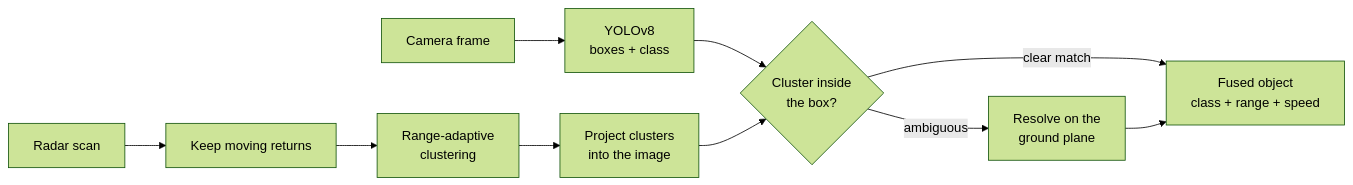
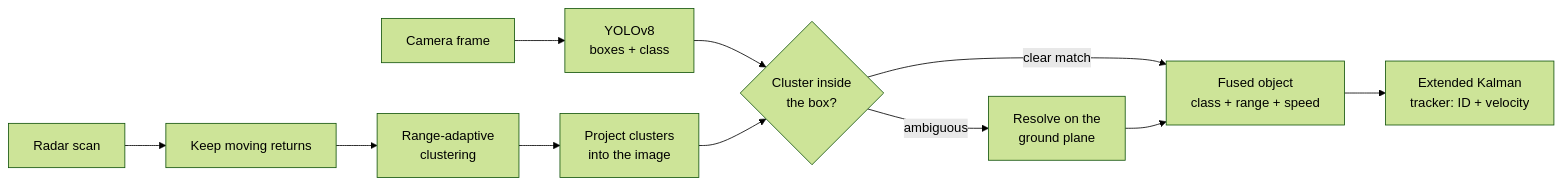
The diagram in README.md (DkPanseriya/Sensor-Data-Fusion), drawn with Mermaid (forest theme) before and after one commit. The commit also changed other lines of this file and 12 other files, not shown here.

First line of the commit message:
Add an extended Kalman tracker and score association and tracking

````diff
--- a/README.md
+++ b/README.md
@@ -11,12 +11,13 @@
 ```mermaid
 flowchart LR
     A[Camera frame] --> B[YOLOv8<br/>boxes + class]
     C[Radar scan] --> D[Keep moving returns]
     D --> E[Range-adaptive<br/>clustering]
     E --> F[Project clusters<br/>into the image]
     B --> G{Cluster inside<br/>the box?}
     F --> G
     G -->|clear match| H[Fused object<br/>class + range + speed]
     G -->|ambiguous| I[Resolve on the<br/>ground plane]
     I --> H
+    H --> J[Extended Kalman<br/>tracker: ID + velocity]
 ```
````
